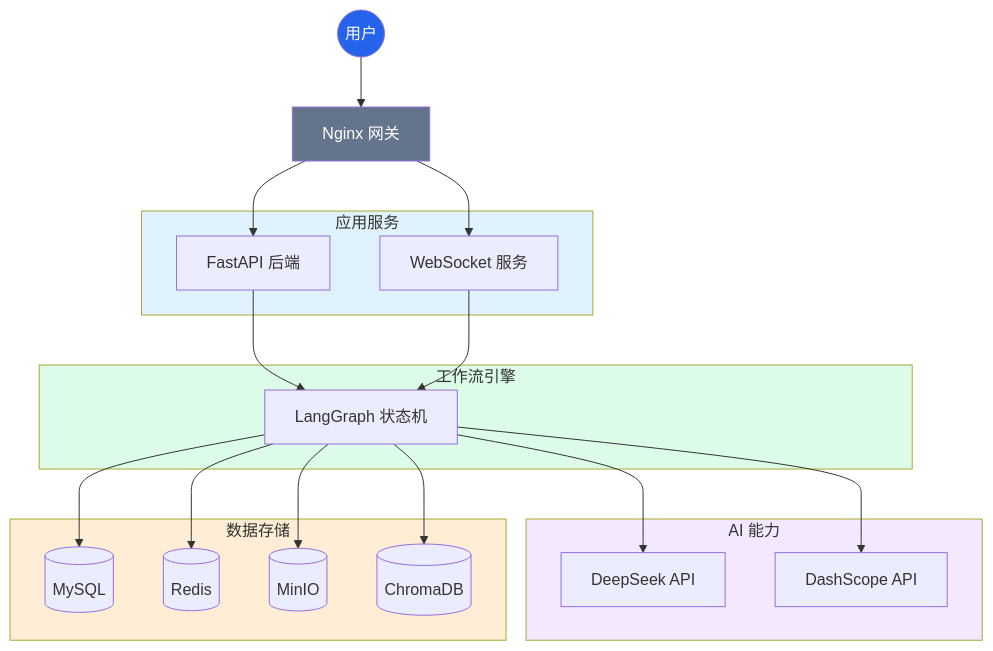
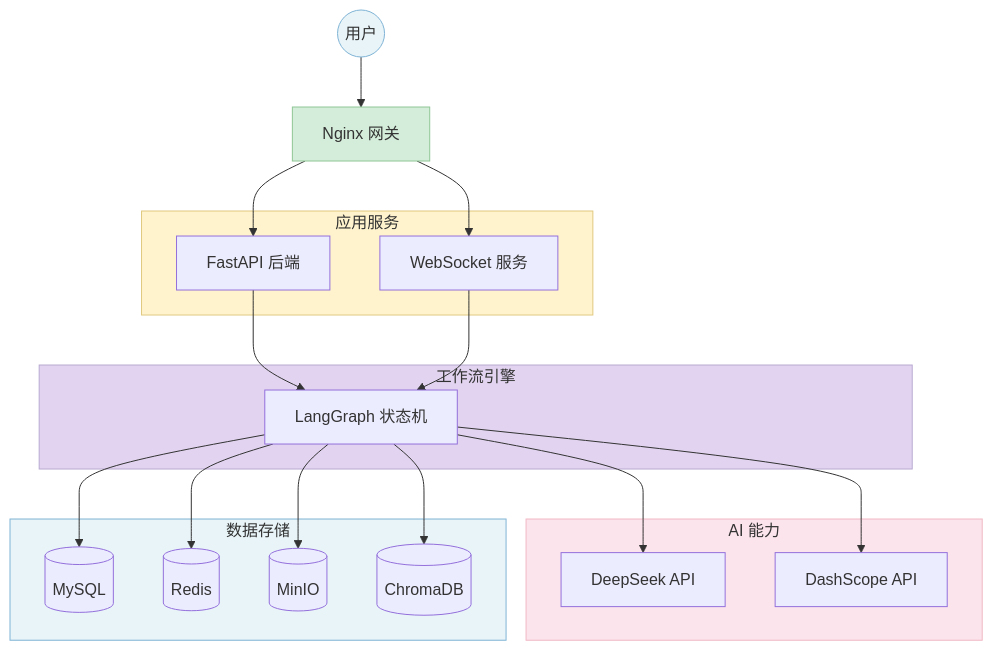
One commit to xt765/ResumeScreening changed the fifth of 18 diagrams in README.md. Above: the diagram before and after it, drawn with Mermaid. The commit also changed other lines of this file and 4 other files, not shown here.

````diff
--- a/README.md
+++ b/README.md
@@ -185,45 +190,45 @@
 ```mermaid
 graph TD
     User((用户)) --> Nginx[Nginx 网关]
     
     subgraph App_Layer [应用服务]
         API[FastAPI 后端]
         WS[WebSocket 服务]
     end
     
     subgraph Workflow_Layer [工作流引擎]
         LangGraph[LangGraph 状态机]
     end
     
     subgraph AI_Layer [AI 能力]
         LLM[DeepSeek API]
         Embedding[DashScope API]
     end
     
     subgraph Data_Layer [数据存储]
         MySQL[(MySQL)]
         Redis[(Redis)]
         MinIO[(MinIO)]
         Chroma[(ChromaDB)]
     end
     
     Nginx --> API
     Nginx --> WS
     
     API --> LangGraph
     WS --> LangGraph
     
     LangGraph --> LLM
     LangGraph --> Embedding
     LangGraph --> MySQL
     LangGraph --> MinIO
     LangGraph --> Chroma
     LangGraph --> Redis
     
-    style User fill:#2563eb,color:#fff
-    style Nginx fill:#64748b,color:#fff
-    style App_Layer fill:#e0f2fe
-    style Workflow_Layer fill:#dcfce7
-    style AI_Layer fill:#f3e8ff
-    style Data_Layer fill:#ffedd5
+    style User fill:#e8f4f8,stroke:#7fb3d5
+    style Nginx fill:#d4edda,stroke:#90c695
+    style App_Layer fill:#fff3cd,stroke:#e0c97f
+    style Workflow_Layer fill:#e2d4f0,stroke:#b8a9d0
+    style AI_Layer fill:#fce4ec,stroke:#f0b8c4
+    style Data_Layer fill:#e8f4f8,stroke:#7fb3d5
 ```
````
